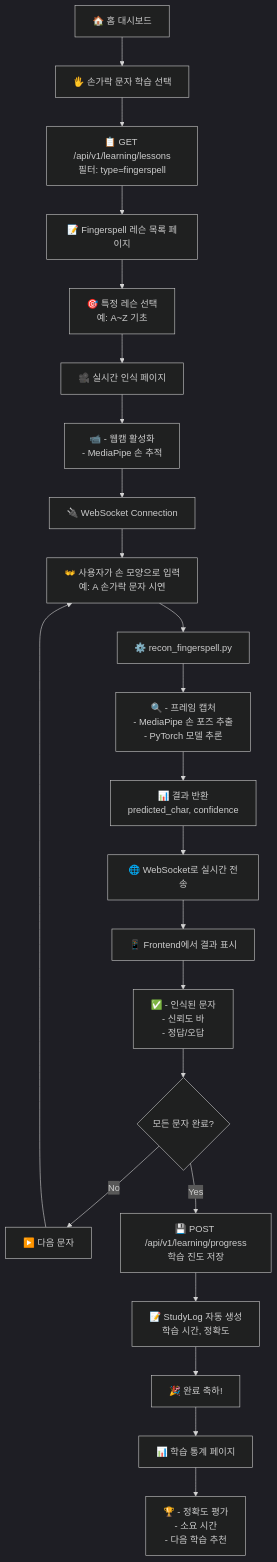
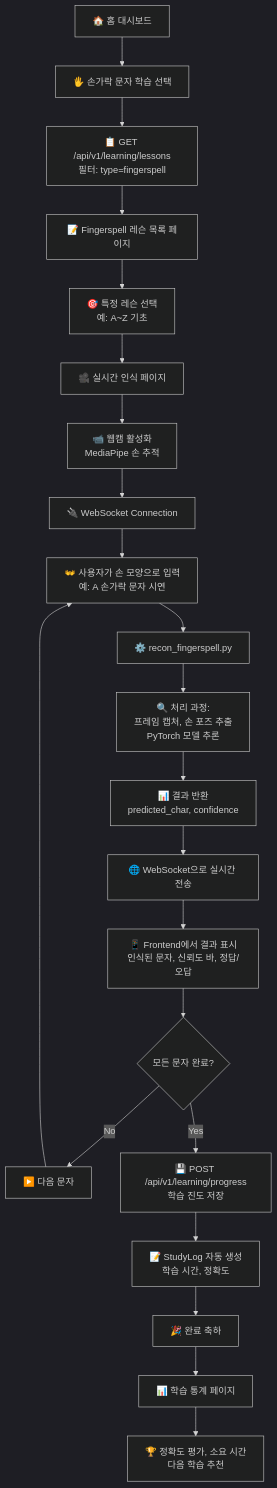
One commit to hamonia777/Real-time-sign-language-translation-service-Backend changed the third of 15 diagrams in doc/USER_FLOW.md. Above: the diagram before and after it, drawn with Mermaid (dark theme). The commit also changed other lines of this file and 2 other files, not shown here.

````diff
--- a/doc/USER_FLOW.md
+++ b/doc/USER_FLOW.md
@@ -51,25 +55,24 @@
 ```mermaid
 graph TD
     A["🏠 홈 대시보드"] --> B["🖐️ 손가락 문자 학습 선택"]
     B --> C["📋 GET /api/v1/learning/lessons<br/>필터: type=fingerspell"]
     C --> D["📝 Fingerspell 레슨 목록 페이지"]
     D --> E["🎯 특정 레슨 선택<br/>예: A~Z 기초"]
     E --> F["🎥 실시간 인식 페이지"]
-    F --> G["📹 - 웹캠 활성화<br/>- MediaPipe 손 추적"]
+    F --> G["📹 웹캠 활성화<br/>MediaPipe 손 추적"]
     G --> H["🔌 WebSocket Connection"]
     H --> I["👐 사용자가 손 모양으로 입력<br/>예: A 손가락 문자 시연"]
     I --> J["⚙️ recon_fingerspell.py"]
-    J --> K["🔍 - 프레임 캡처<br/>- MediaPipe 손 포즈 추출<br/>- PyTorch 모델 추론"]
+    J --> K["🔍 처리 과정:<br/>프레임 캡처, 손 포즈 추출<br/>PyTorch 모델 추론"]
     K --> L["📊 결과 반환<br/>predicted_char, confidence"]
-    L --> M["🌐 WebSocket로 실시간 전송"]
-    M --> N["📱 Frontend에서 결과 표시"]
-    N --> O["✅ - 인식된 문자<br/>- 신뢰도 바<br/>- 정답/오답"]
-    O --> P{모든 문자 완료?}
-    P -->|No| Q["▶️ 다음 문자"]
+    L --> M["🌐 WebSocket으로 실시간 전송"]
+    M --> N["📱 Frontend에서 결과 표시<br/>인식된 문자, 신뢰도 바, 정답/오답"]
+    N --> O{모든 문자 완료?}
+    O -->|No| Q["▶️ 다음 문자"]
     Q --> I
-    P -->|Yes| R["💾 POST /api/v1/learning/progress<br/>학습 진도 저장"]
+    O -->|Yes| R["💾 POST /api/v1/learning/progress<br/>학습 진도 저장"]
     R --> S["📝 StudyLog 자동 생성<br/>학습 시간, 정확도"]
-    S --> T["🎉 완료 축하!"]
+    S --> T["🎉 완료 축하"]
     T --> U["📊 학습 통계 페이지"]
-    U --> V["🏆 - 정확도 평가<br/>- 소요 시간<br/>- 다음 학습 추천"]
+    U --> V["🏆 정확도 평가, 소요 시간<br/>다음 학습 추천"]
 ```
````
